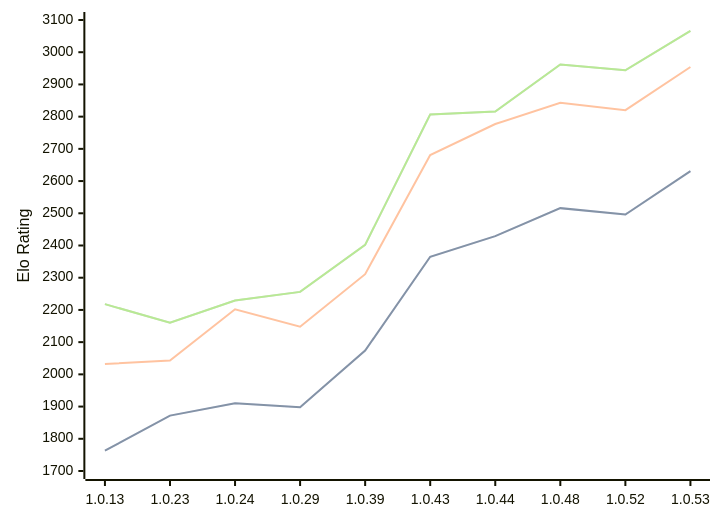
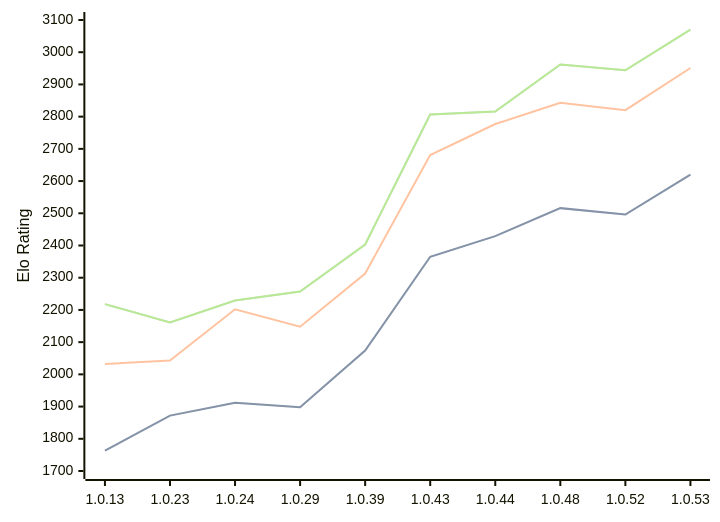
The diagram in engines/RustyRival.md (computer-chess-index/cci), drawn with Mermaid before and after one commit. The commit also changed other lines of this file, not shown here.

Commit message:
Update CCI Ratings (ELO VLTC) - 2026-08-16

````diff
--- a/engines/RustyRival.md
+++ b/engines/RustyRival.md
@@ -54,11 +54,11 @@
 ```mermaid
 %%{init: {"theme":"base","themeVariables":{"seriesColors:['#a3a3a3','#222221','#faa371']}}}%%
 xychart-beta
   x-axis ["1.0.13", "1.0.23", "1.0.24", "1.0.29", "1.0.39", "1.0.43", "1.0.44", "1.0.48", "1.0.52", "1.0.53"]
   y-axis "Elo Rating" 1700 --> 3100
-  line "STC (8.0+0.08s)" [1763, 1872, 1910, 1898, 2074, 2365, 2429, 2516, 2496, 2631]
-  line "STC (8.0+0.08s)" [1763, 1872, 1910, 1898, 2074, 2365, 2429, 2516, 2496, 2631]
-  line "LTC (60.0+0.60s)" [2032, 2043, 2202, 2148, 2311, 2681, 2777, 2843, 2820, 2954]
-  line "VLTC (2m24s+1.12s)" [2218, 2160, 2229, 2256, 2402, 2807, 2816, 2962, 2944, 3066]
-  line "VLTC (2m24s+1.12s)" [2218, 2160, 2229, 2256, 2402, 2807, 2816, 2962, 2944, 3066]
+  line "STC (8.0+0.08s)" [1763, 1872, 1912, 1898, 2074, 2365, 2429, 2516, 2496, 2620]
+  line "STC (8.0+0.08s)" [1763, 1872, 1912, 1898, 2074, 2365, 2429, 2516, 2496, 2620]
+  line "LTC (60.0+0.60s)" [2032, 2043, 2202, 2148, 2313, 2681, 2777, 2843, 2820, 2951]
+  line "VLTC (2m24s+1.12s)" [2218, 2161, 2229, 2257, 2403, 2807, 2816, 2962, 2944, 3070]
+  line "VLTC (2m24s+1.12s)" [2218, 2161, 2229, 2257, 2403, 2807, 2816, 2962, 2944, 3070]
 ```
````
